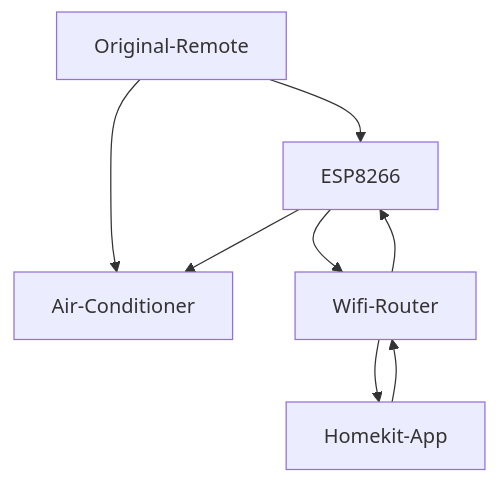
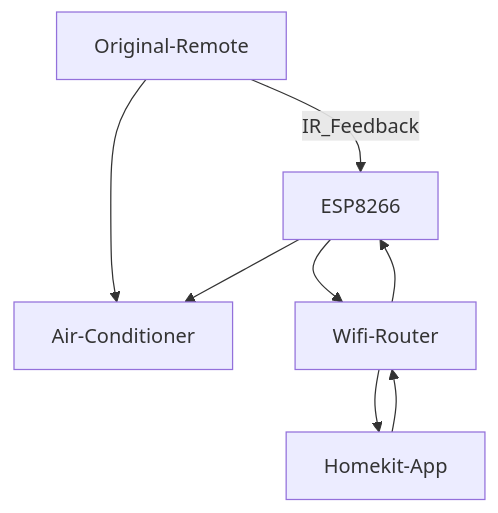
The diagram in README.md (LouisLee985/Homekit_ESP_AC_IRemote), drawn with Mermaid before and after one commit.

````diff
--- a/README.md
+++ b/README.md
@@ -9,10 +9,10 @@
 ```mermaid
 graph TD;    
     Original-Remote --> Air-Conditioner;
-    Original-Remote --> ESP8266;
+    Original-Remote --IR_Feedback--> ESP8266;
     ESP8266 --> Air-Conditioner;
     ESP8266 --> Wifi-Router;
     Wifi-Router --> ESP8266 ;
     Homekit-App --> Wifi-Router;
     Wifi-Router --> Homekit-App;  
 ```
````
